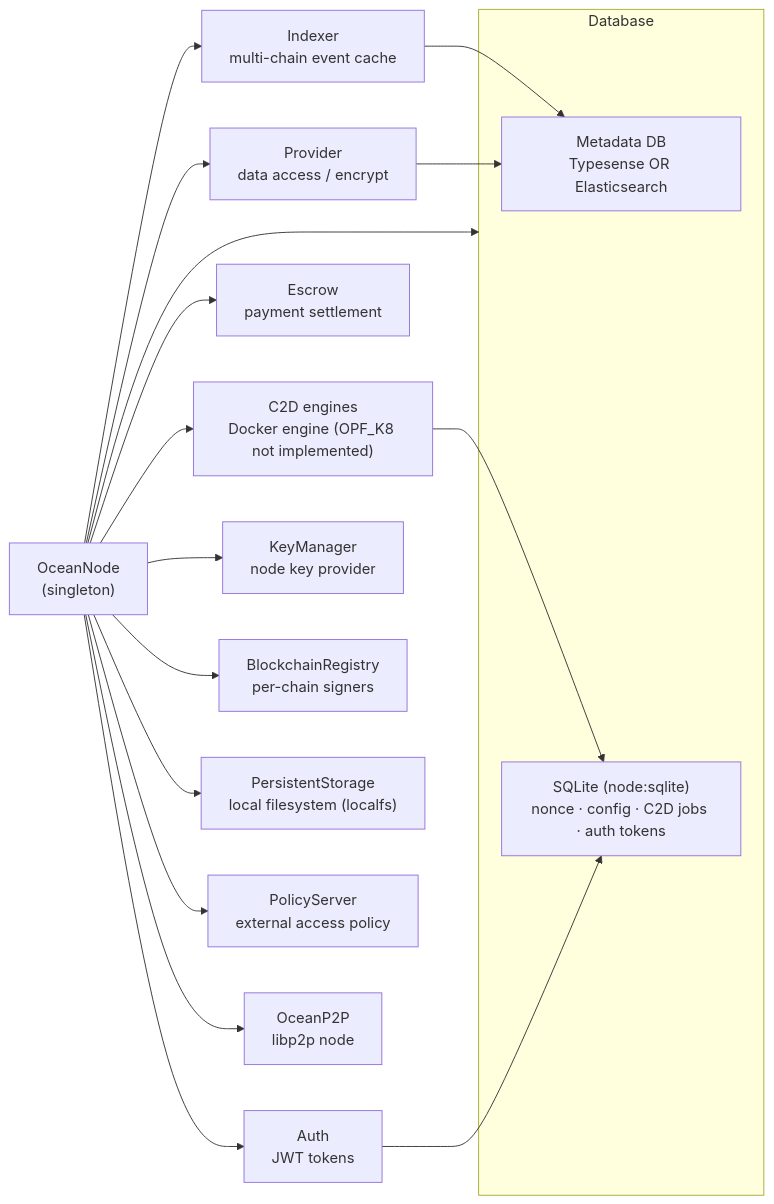
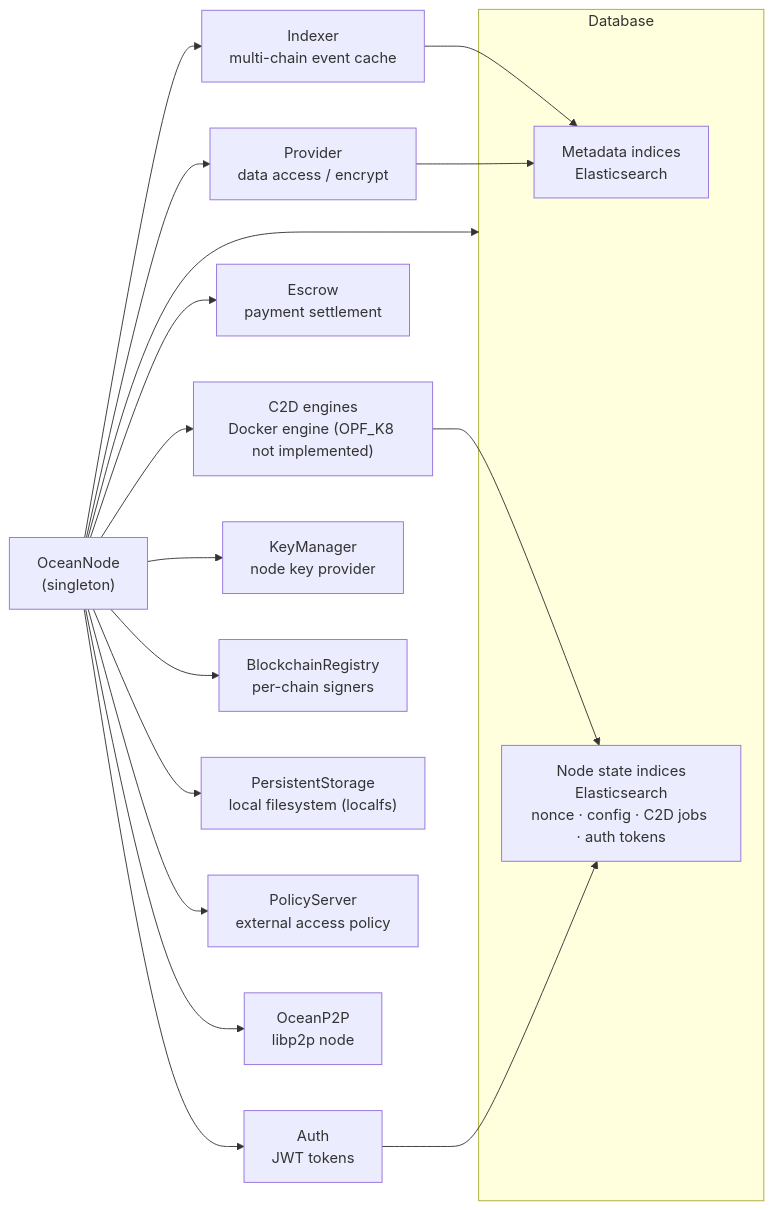
One commit to oceanprotocol/ocean-node changed the third of 5 diagrams in docs/Arhitecture.md. Above: the diagram before and after it, drawn with Mermaid. The commit also changed other lines of this file and 122 other files, not shown here.

````diff
--- a/docs/Arhitecture.md
+++ b/docs/Arhitecture.md
@@ -163,25 +163,25 @@
 ```mermaid
 flowchart LR
     ON["OceanNode<br/>(singleton)"]
 
     ON --> IDX["Indexer<br/>multi-chain event cache"]
     ON --> PROV["Provider<br/>data access / encrypt"]
     ON --> C2D["C2D engines<br/>Docker engine (OPF_K8 not implemented)"]
     ON --> ESC["Escrow<br/>payment settlement"]
     ON --> AUTH["Auth<br/>JWT tokens"]
     ON --> KM["KeyManager<br/>node key provider"]
     ON --> BR["BlockchainRegistry<br/>per-chain signers"]
     ON --> PS["PersistentStorage<br/>local filesystem (localfs)"]
     ON --> POL["PolicyServer<br/>external access policy"]
     ON --> P2P["OceanP2P<br/>libp2p node"]
 
     subgraph DBLAYER["Database"]
-        META["Metadata DB<br/>Typesense OR Elasticsearch"]
-        SQL["SQLite (node:sqlite)<br/>nonce · config · C2D jobs · auth tokens"]
+        META["Metadata indices<br/>Elasticsearch"]
+        STATE["Node state indices<br/>Elasticsearch<br/>nonce · config · C2D jobs · auth tokens"]
     end
     ON --> DBLAYER
     IDX --> META
     PROV --> META
-    C2D --> SQL
-    AUTH --> SQL
+    C2D --> STATE
+    AUTH --> STATE
 ```
````
